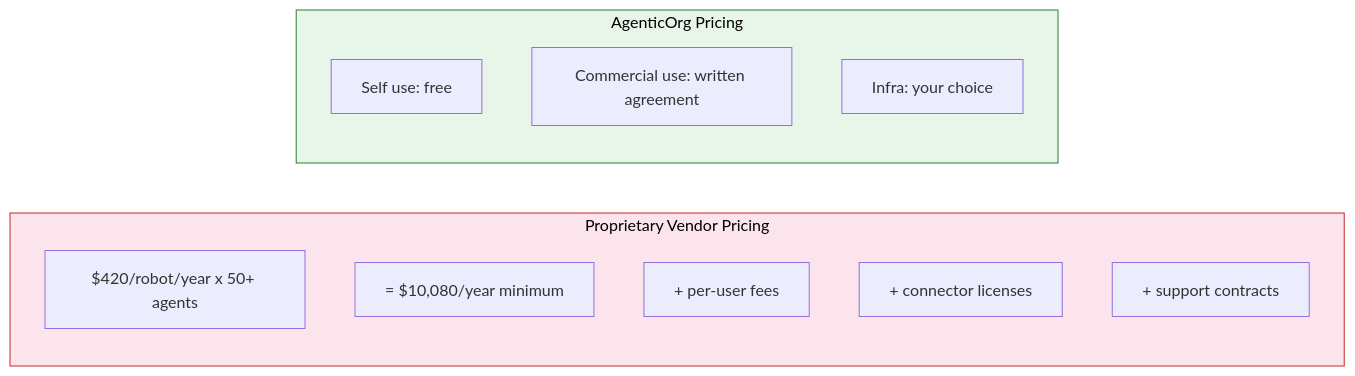
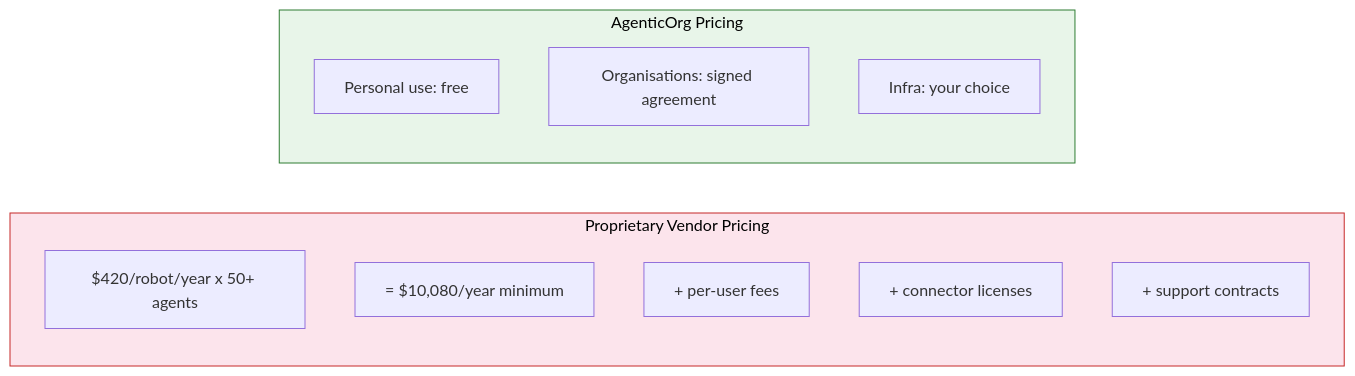
Before and after one commit to mishrasanjeev/agentic-org: the fifth of 7 diagrams in docs/why-agenticorg.md, drawn with Mermaid. The commit also changed other lines of this file and 1148 other files, not shown here.

````diff
--- a/docs/why-agenticorg.md
+++ b/docs/why-agenticorg.md
@@ -234,19 +234,19 @@
 ```mermaid
 graph LR
     subgraph Proprietary["Proprietary Vendor Pricing"]
         P1["$420/robot/year x 50+ agents"]
         P2["= $10,080/year minimum"]
         P3["+ per-user fees"]
         P4["+ connector licenses"]
         P5["+ support contracts"]
     end
 
     subgraph SourceAvailable["AgenticOrg Pricing"]
-        O1["Self use: free"]
-        O2["Commercial use: written agreement"]
+        O1["Personal use: free"]
+        O2["Organisations: signed agreement"]
         O3["Infra: your choice"]
     end
 
     style Proprietary fill:#fce4ec,stroke:#c62828,color:#000
     style SourceAvailable fill:#e8f5e9,stroke:#2e7d32,color:#000
 ```
````
